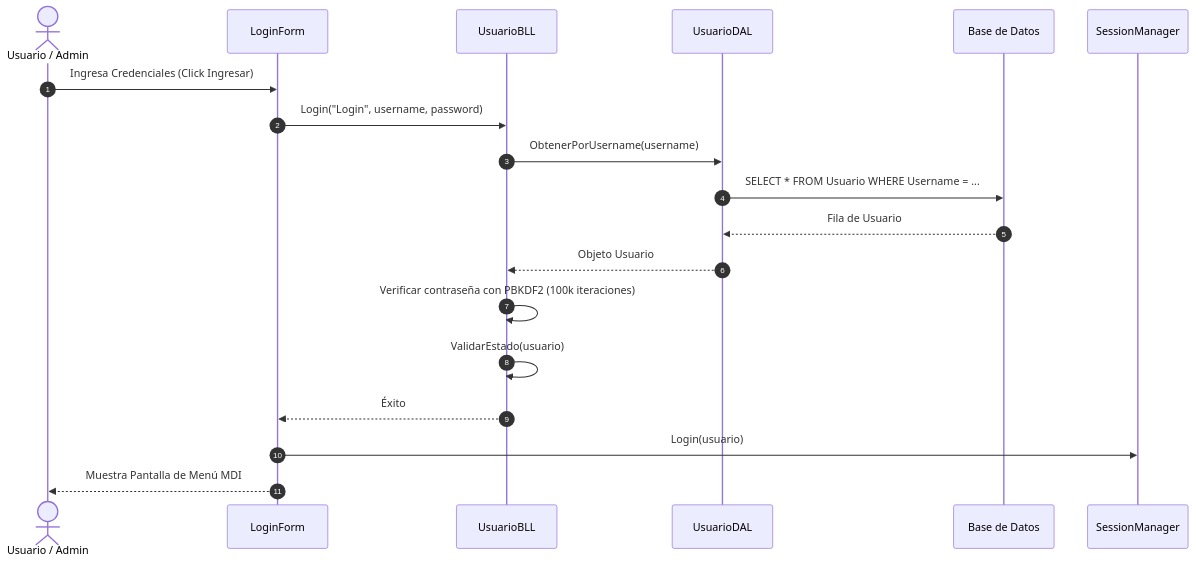
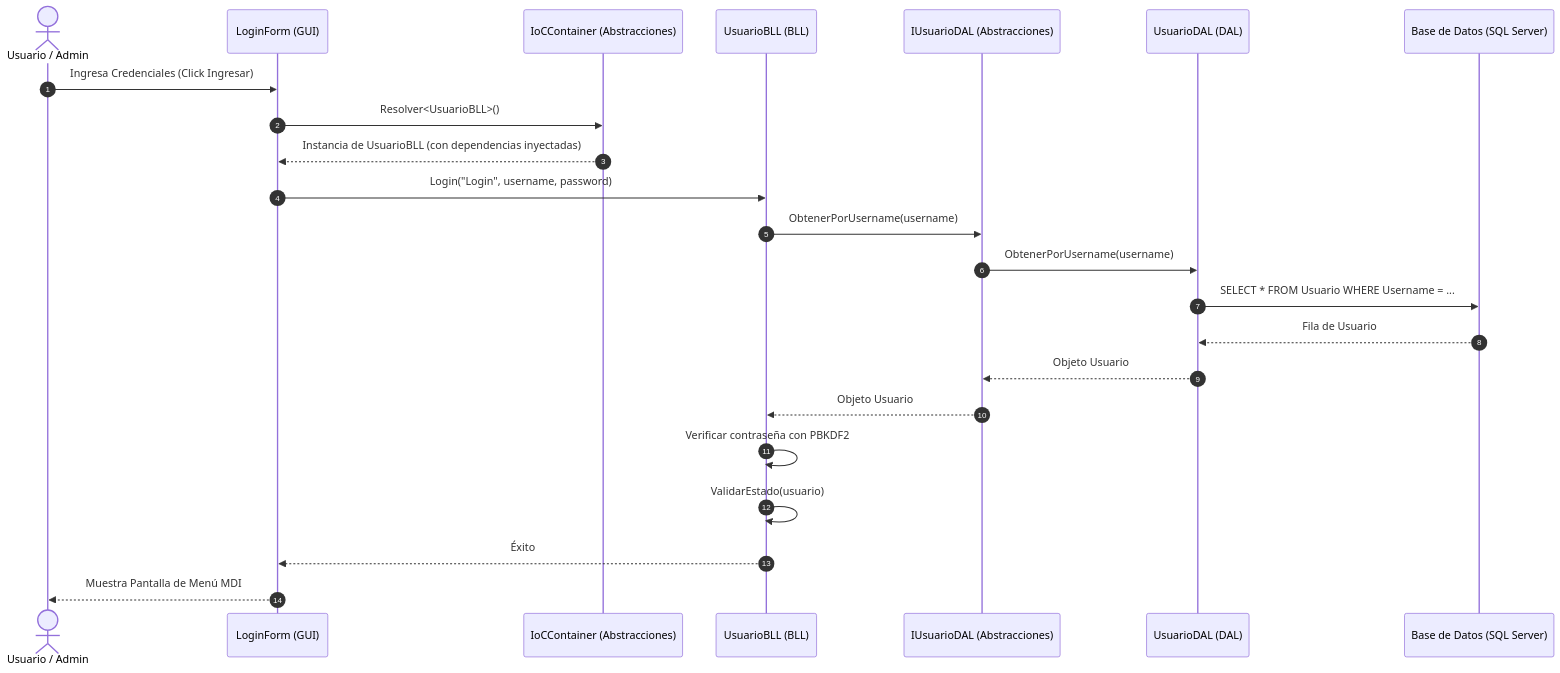
Before and after one commit to LautiSmyth/Stach: the sixth of 25 diagrams in Documentacion/diagrams_code.md, drawn with Mermaid. The commit also changed other lines of this file, not shown here.

Commit message:
Doc: Update sequence and module class diagrams to explicitly include the Abstracciones layer interfaces and IoCContainer

````diff
--- a/Documentacion/diagrams_code.md
+++ b/Documentacion/diagrams_code.md
@@ -164,21 +200,26 @@
 ```mermaid
 sequenceDiagram
     autonumber
     actor Admin as Usuario / Admin
-    participant GUI as LoginForm
-    participant BLL as UsuarioBLL
-    participant DAL as UsuarioDAL
-    participant DB as Base de Datos
+    participant GUI as LoginForm (GUI)
+    participant IoC as IoCContainer (Abstracciones)
+    participant BLL as UsuarioBLL (BLL)
+    participant IDAL as IUsuarioDAL (Abstracciones)
+    participant DAL as UsuarioDAL (DAL)
+    participant DB as Base de Datos (SQL Server)
 
     Admin->>GUI: Ingresa Credenciales (Click Ingresar)
+    GUI->>IoC: Resolver<UsuarioBLL>()
+    IoC-->>GUI: Instancia de UsuarioBLL (con dependencias inyectadas)
     GUI->>BLL: Login("Login", username, password)
-    BLL->>DAL: ObtenerPorUsername(username)
+    BLL->>IDAL: ObtenerPorUsername(username)
+    IDAL->>DAL: ObtenerPorUsername(username)
     DAL->>DB: SELECT * FROM Usuario WHERE Username = ...
     DB-->>DAL: Fila de Usuario
-    DAL-->>BLL: Objeto Usuario
-    BLL->>BLL: Verificar contraseña con PBKDF2 (100k iteraciones)
+    DAL-->>IDAL: Objeto Usuario
+    IDAL-->>BLL: Objeto Usuario
+    BLL->>BLL: Verificar contraseña con PBKDF2
     BLL->>BLL: ValidarEstado(usuario)
     BLL-->>GUI: Éxito
-    GUI->>SessionManager: Login(usuario)
     GUI-->>Admin: Muestra Pantalla de Menú MDI
 ```
````
